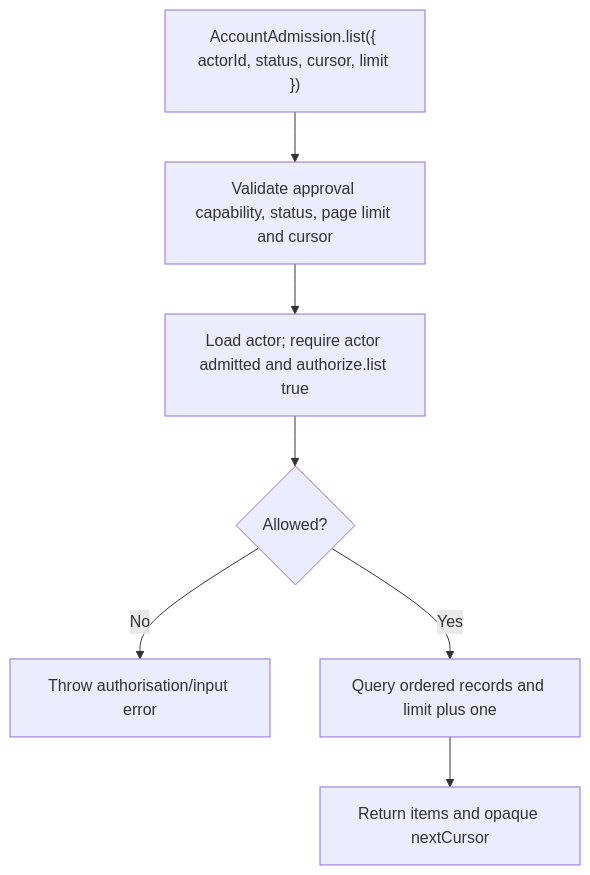
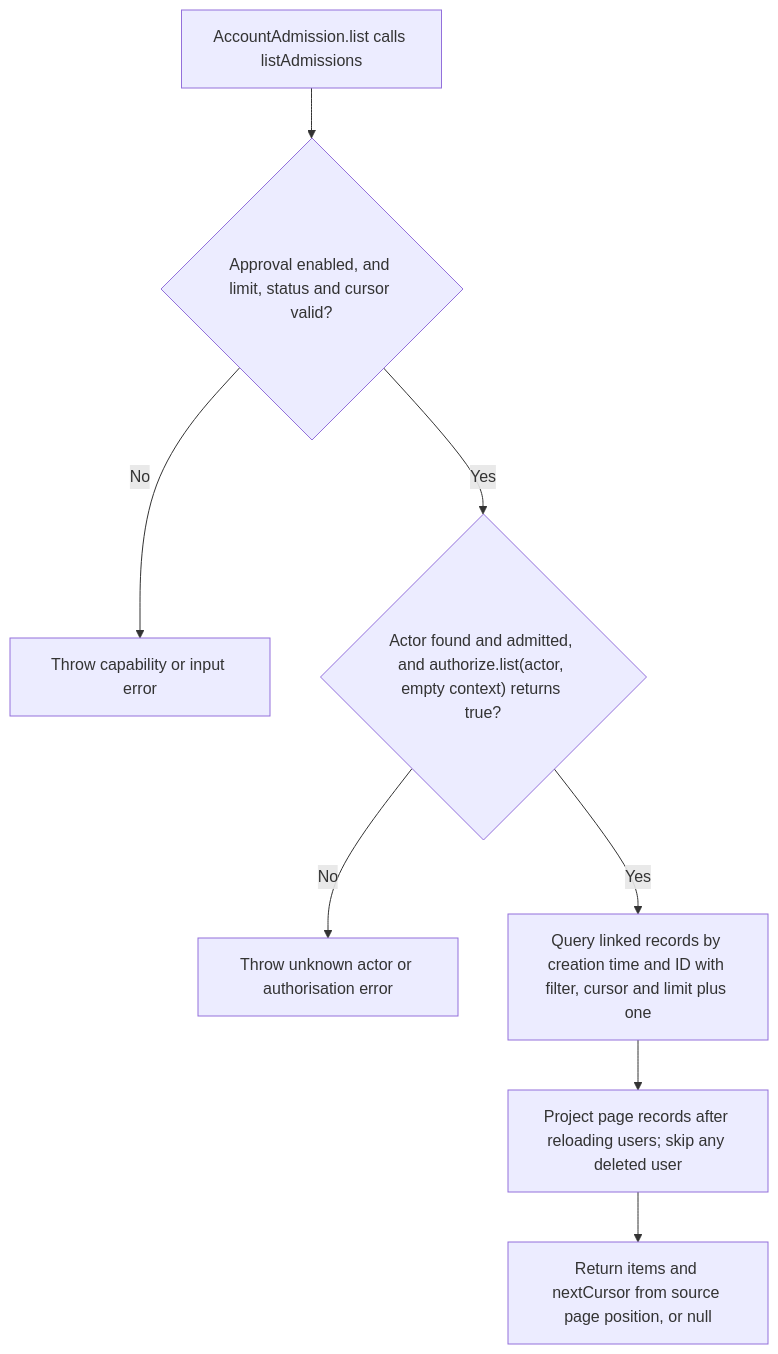
The second of 2 diagrams in user-stories/US-ACCOUNT-45-list-admission-records.md (Kevinjohn/oss-adonisjs-account-kit), drawn with Mermaid before and after one commit. The commit also changed other lines of this file and 70 other files, not shown here.

Commit message:
Refresh the Account Kit user story catalogue for 0.6.0

````diff
--- a/user-stories/US-ACCOUNT-45-list-admission-records.md
+++ b/user-stories/US-ACCOUNT-45-list-admission-records.md
@@ -33,9 +37,10 @@
 ```mermaid
 flowchart TD
- A["AccountAdmission.list({ actorId, status, cursor, limit })"] --> B["Validate approval capability, status, page limit and cursor"]
- B --> C["Load actor; require actor admitted and authorize.list true"]
- C --> D{"Allowed?"}
- D -->|No| E["Throw authorisation/input error"]
- D -->|Yes| F["Query ordered records and limit plus one"]
- F --> G["Return items and opaque nextCursor"]
+ A["AccountAdmission.list calls listAdmissions"] --> B{"Approval enabled, and limit, status and cursor valid?"}
+ B -->|No| E["Throw capability or input error"]
+ B -->|Yes| C{"Actor found and admitted, and authorize.list(actor, empty context) returns true?"}
+ C -->|No| H["Throw unknown actor or authorisation error"]
+ C -->|Yes| F["Query linked records by creation time and ID with filter, cursor and limit plus one"]
+ F --> I["Project page records after reloading users; skip any deleted user"]
+ I --> G["Return items and nextCursor from source page position, or null"]
 ```
````
